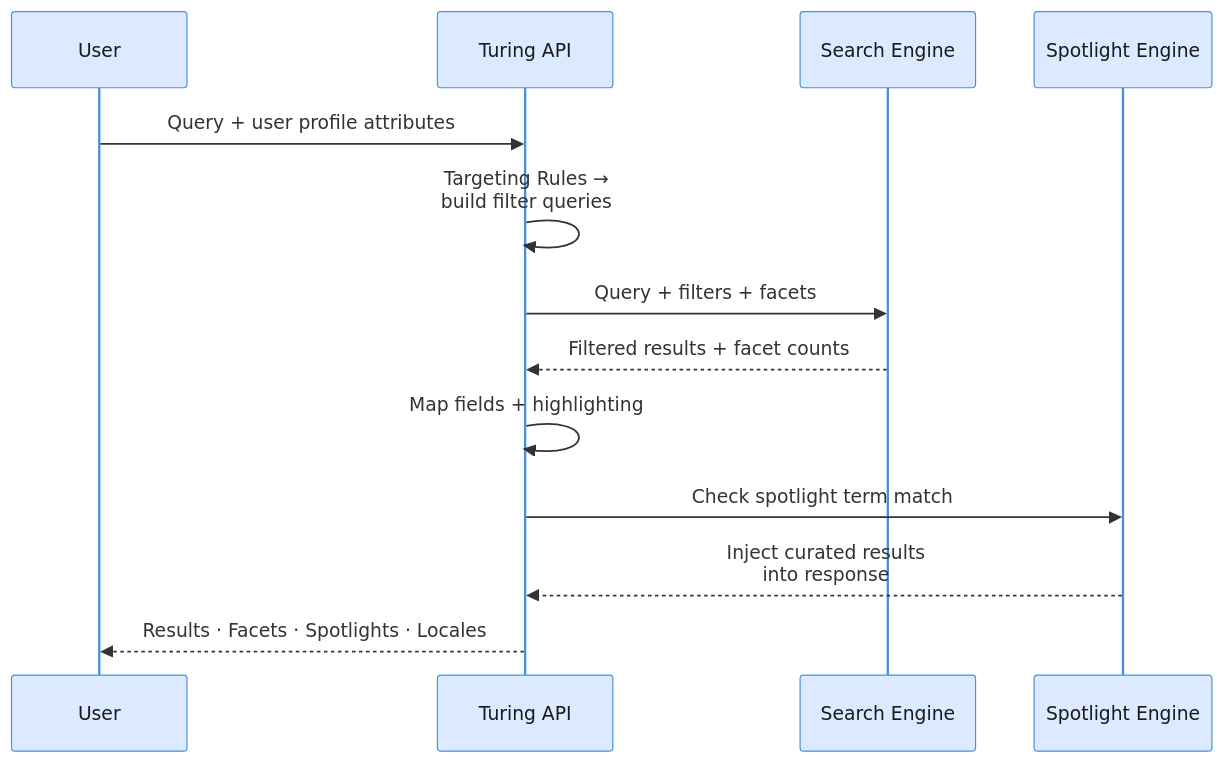
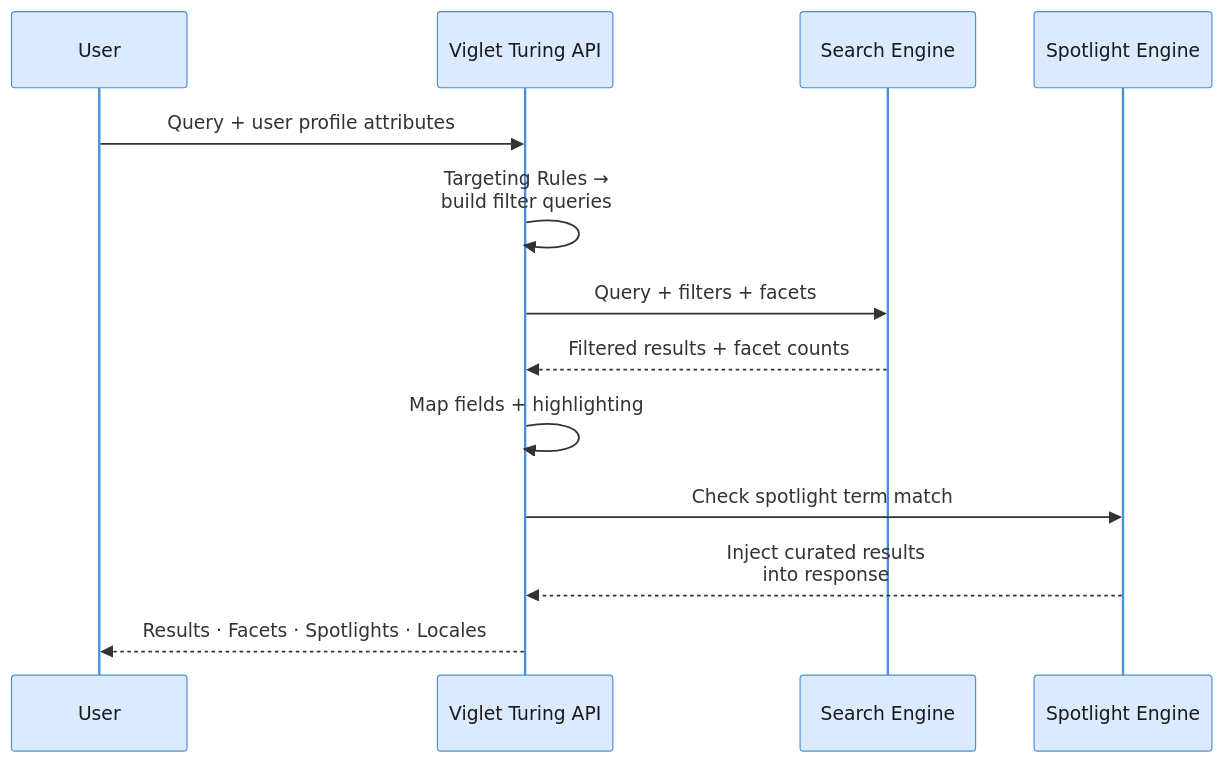
Before and after one commit to openviglet/turing: the second of 2 diagrams in frontend/apps/docs/src/content/docs/getting-started/core-concepts.md, drawn with Mermaid. The commit also changed other lines of this file and 69 other files, not shown here.

````diff
--- a/frontend/apps/docs/src/content/docs/getting-started/core-concepts.md
+++ b/frontend/apps/docs/src/content/docs/getting-started/core-concepts.md
@@ -82,17 +82,17 @@
 ```mermaid
 %%{init: {'theme': 'base', 'themeVariables': {'fontSize': '13px', 'actorBkg': '#dbeafe', 'actorBorder': '#4A90D9', 'actorTextColor': '#1a1a1a', 'activationBkgColor': '#ede9fe', 'activationBorderColor': '#9B6EC5', 'labelBoxBkgColor': '#fef3c7', 'labelBoxBorderColor': '#E8A838', 'labelTextColor': '#1a1a1a', 'noteBkgColor': '#dcfce7', 'noteBorderColor': '#50B86C', 'noteTextColor': '#1a1a1a', 'signalColor': '#333', 'signalTextColor': '#333'}}}%%
 sequenceDiagram
     participant U as User
-    participant API as Turing API
+    participant API as Viglet Turing API
     participant S as Search Engine
     participant SP as Spotlight Engine
 
     U->>API: Query + user profile attributes
     API->>API: Targeting Rules →<br/>build filter queries
     API->>S: Query + filters + facets
     S-->>API: Filtered results + facet counts
     API->>API: Map fields + highlighting
     API->>SP: Check spotlight term match
     SP-->>API: Inject curated results<br/>into response
     API-->>U: Results · Facets · Spotlights · Locales
 ```
````
